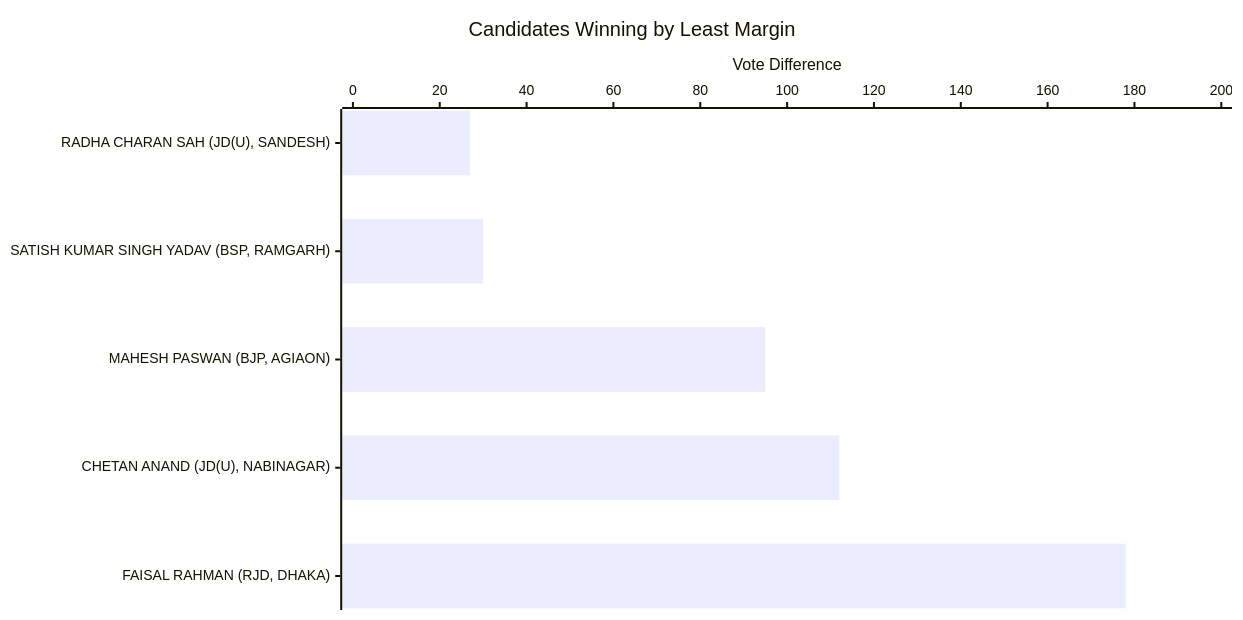
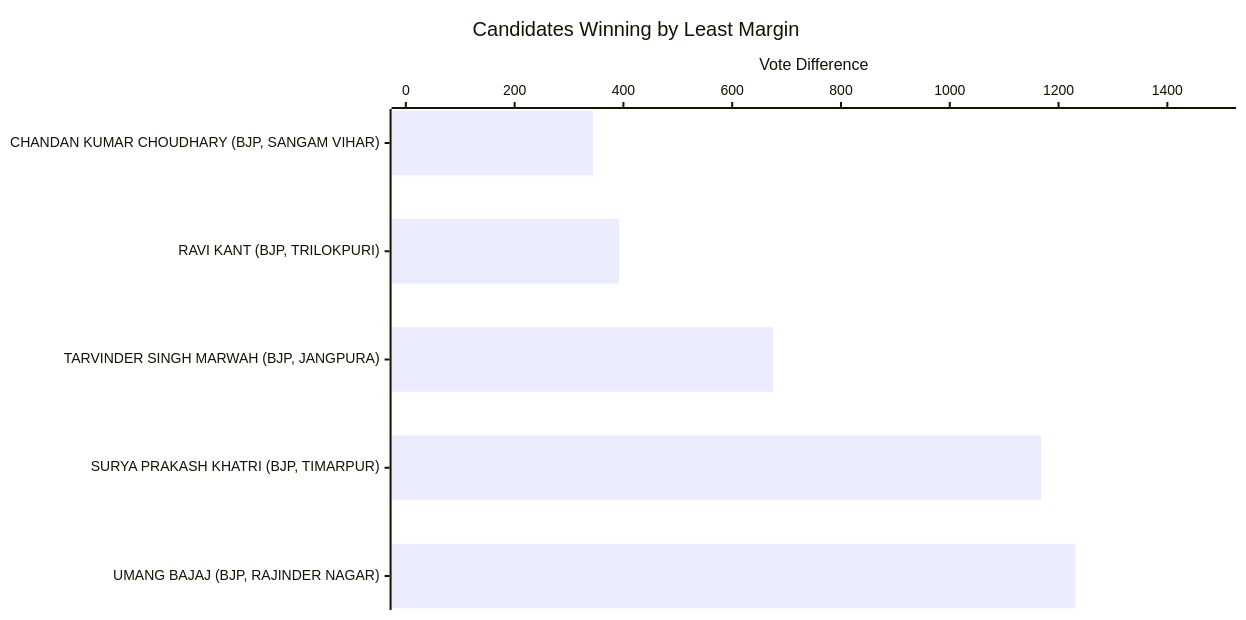
Before and after one commit to arjunswaj/elections: the sixth of 23 diagrams in BIHAR-GRAPH.md, drawn with Mermaid. The commit also changed other lines of this file and 9 other files, not shown here.

````diff
--- a/BIHAR-GRAPH.md
+++ b/BIHAR-GRAPH.md
@@ -150,17 +150,17 @@
 ```mermaid
 ---
 config:
     xyChart:
         width: 1200
         height: 600
         chartOrientation: horizontal
         dataLabels:
             enabled: true
             placement: end
 ---
 xychart-beta
     title "Candidates Winning by Least Margin"
-    x-axis ["RADHA CHARAN SAH (JD(U), SANDESH)", "SATISH KUMAR SINGH YADAV (BSP, RAMGARH)", "MAHESH PASWAN (BJP, AGIAON)", "CHETAN ANAND (JD(U), NABINAGAR)", "FAISAL RAHMAN (RJD, DHAKA)"]
-    y-axis "Vote Difference" 0 --> 200
-    bar [27, 30, 95, 112, 178]
+    x-axis ["CHANDAN KUMAR CHOUDHARY (BJP, SANGAM VIHAR)", "RAVI KANT (BJP, TRILOKPURI)", "TARVINDER SINGH MARWAH (BJP, JANGPURA)", "SURYA PRAKASH KHATRI (BJP, TIMARPUR)", "UMANG BAJAJ (BJP, RAJINDER NAGAR)"]
+    y-axis "Vote Difference" 0 --> 1500
+    bar [344, 392, 675, 1168, 1231]
 ```
````
